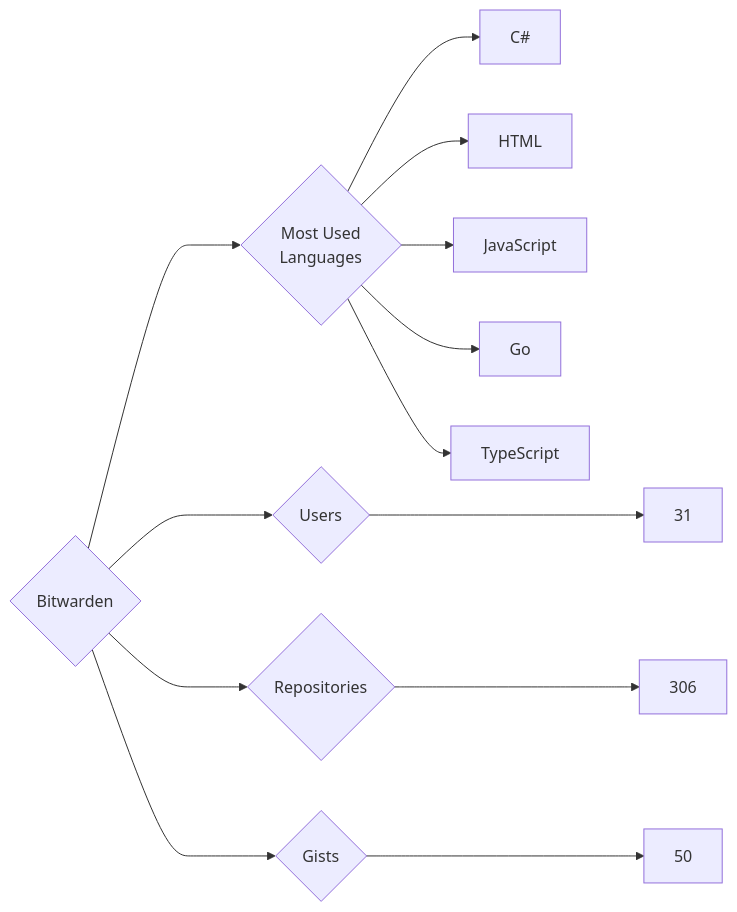
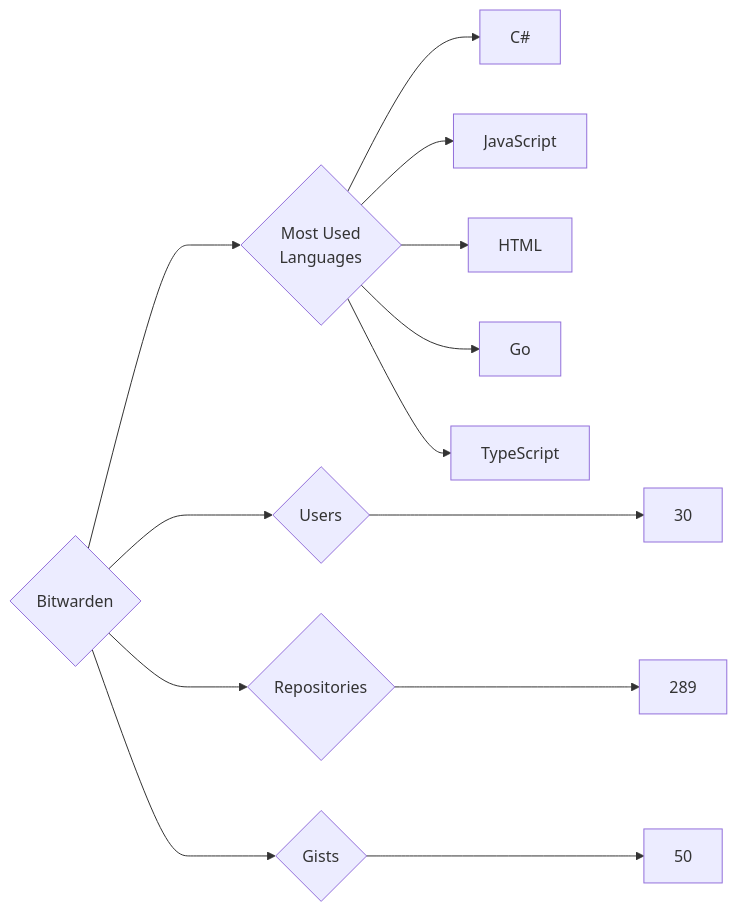
One commit to trickest/insiders changed the diagram in targets/Bitwarden/README.md. Above: the diagram before and after it, drawn with Mermaid. The commit also changed 891 other files, not shown here.

````diff
--- a/targets/Bitwarden/README.md
+++ b/targets/Bitwarden/README.md
@@ -3,13 +3,13 @@
 ```mermaid
 graph LR
 COMPANY_NAME{Bitwarden}
-COMPANY_NAME ---> U{Users} ---> UN[31]
-COMPANY_NAME ---> R{Repositories} ---> RN[306]
+COMPANY_NAME ---> U{Users} ---> UN[30]
+COMPANY_NAME ---> R{Repositories} ---> RN[289]
 COMPANY_NAME ---> G{Gists} ---> GN[50]
 COMPANY_NAME ---> ML{Most Used<br>Languages}
 ML --> C#[C#]
+ML --> JavaScript[JavaScript]
 ML --> HTML[HTML]
-ML --> JavaScript[JavaScript]
 ML --> Go[Go]
 ML --> TypeScript[TypeScript]
 ```
````
